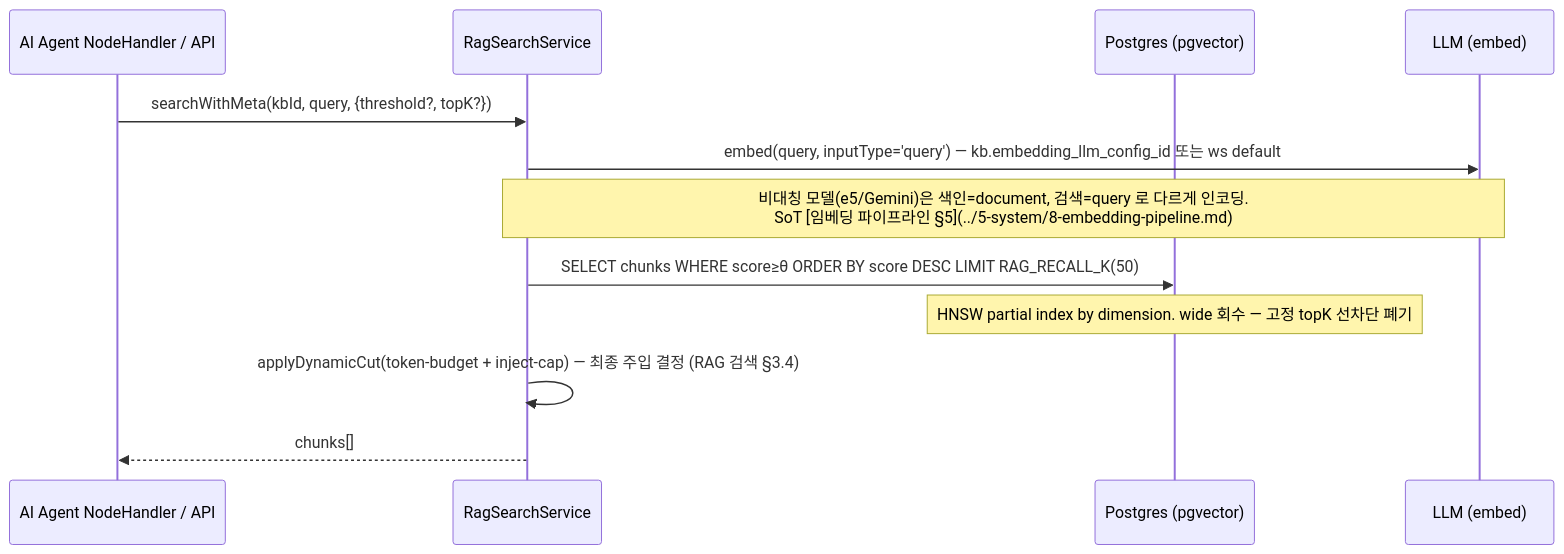
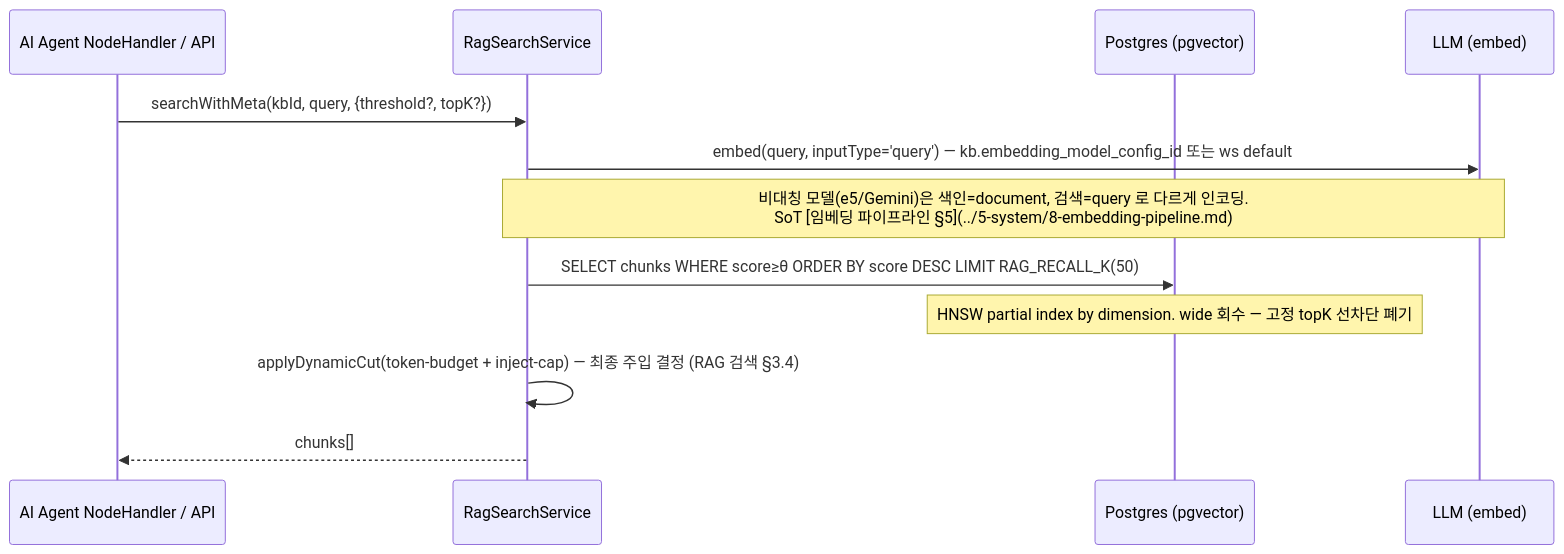
Before and after one commit to worker-ants/clemvion: the third of 5 diagrams in spec/data-flow/6-knowledge-base.md, drawn with Mermaid. The commit also changed other lines of this file and 38 other files, not shown here.

````diff
--- a/spec/data-flow/6-knowledge-base.md
+++ b/spec/data-flow/6-knowledge-base.md
@@ -109,15 +109,15 @@
 ```mermaid
 sequenceDiagram
   participant H as AI Agent NodeHandler / API
   participant R as RagSearchService
   participant PG as Postgres (pgvector)
   participant LLM as LLM (embed)
 
   H->>R: searchWithMeta(kbId, query, {threshold?, topK?})
-  R->>LLM: embed(query, inputType='query') — kb.embedding_llm_config_id 또는 ws default
+  R->>LLM: embed(query, inputType='query') — kb.embedding_model_config_id 또는 ws default
   Note over R,LLM: 비대칭 모델(e5/Gemini)은 색인=document, 검색=query 로 다르게 인코딩.<br/>SoT [임베딩 파이프라인 §5](../5-system/8-embedding-pipeline.md)
   R->>PG: SELECT chunks WHERE score≥θ ORDER BY score DESC LIMIT RAG_RECALL_K(50)
   Note over PG: HNSW partial index by dimension. wide 회수 — 고정 topK 선차단 폐기
   R->>R: applyDynamicCut(token-budget + inject-cap) — 최종 주입 결정 (RAG 검색 §3.4)
   R-->>H: chunks[]
 ```
````
